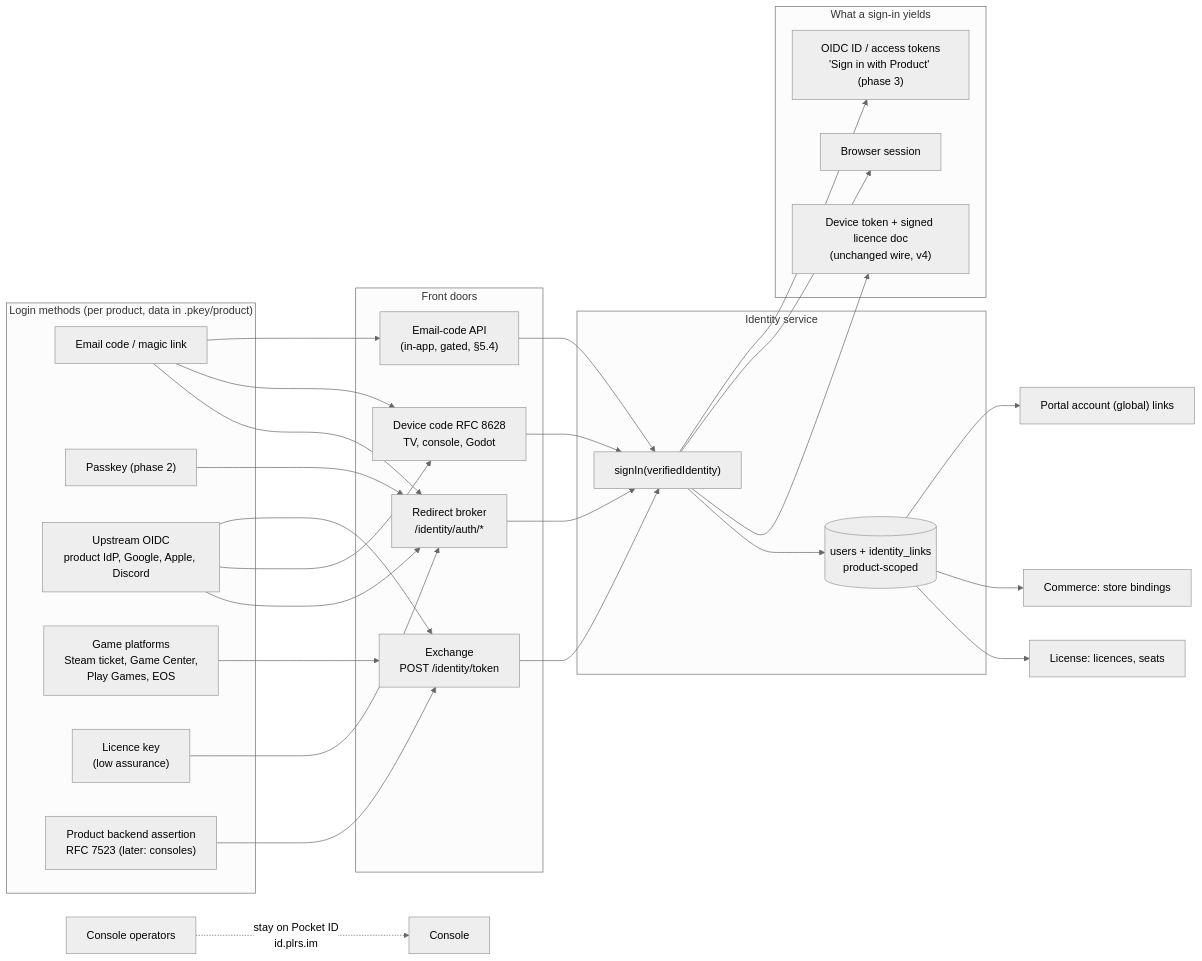
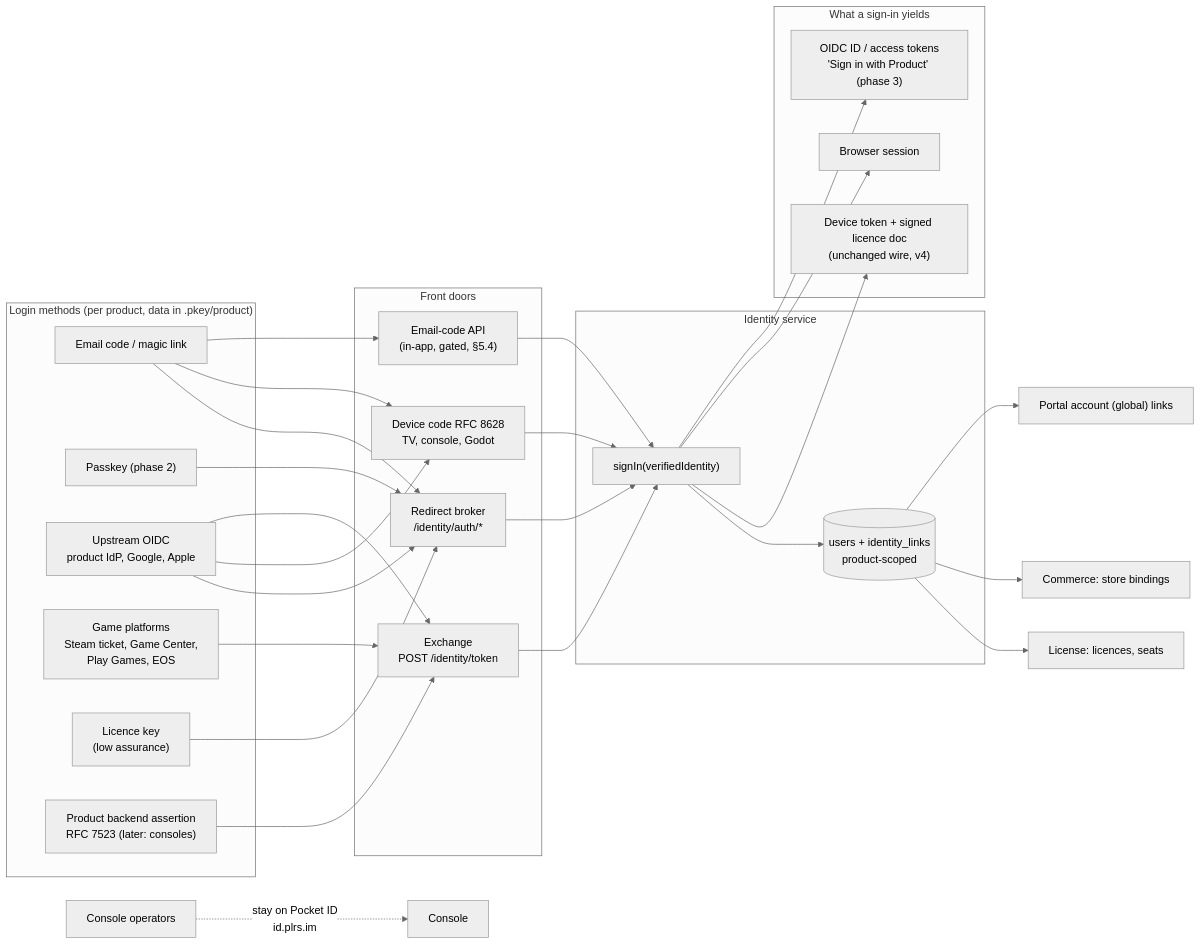
Before and after one commit to vladzaharia/polaris-key: the diagram in docs/research/2026-09-29-godot-omniplatform/notes/S-16-identity-service.md, drawn with Mermaid (neutral theme). The commit also changed other lines of this file and 6 other files, not shown here.

````diff
--- a/docs/research/2026-09-29-godot-omniplatform/notes/S-16-identity-service.md
+++ b/docs/research/2026-09-29-godot-omniplatform/notes/S-16-identity-service.md
@@ -97,36 +99,36 @@
 ```mermaid
 flowchart LR
   subgraph In["Login methods (per product, data in .pkey/product)"]
     E["Email code / magic link"]
     PK["Passkey (phase 2)"]
-    UP["Upstream OIDC<br/>product IdP, Google, Apple, Discord"]
+    UP["Upstream OIDC<br/>product IdP, Google, Apple"]
     GM["Game platforms<br/>Steam ticket, Game Center,<br/>Play Games, EOS"]
     LK["Licence key<br/>(low assurance)"]
     AS["Product backend assertion<br/>RFC 7523 (later: consoles)"]
   end
   subgraph Doors["Front doors"]
     RD["Redirect broker<br/>/identity/auth/*"]
     DC["Device code RFC 8628<br/>TV, console, Godot"]
     TX["Exchange<br/>POST /identity/token"]
     EC["Email-code API<br/>(in-app, gated, §5.4)"]
   end
   subgraph Id["Identity service"]
     SI["signIn(verifiedIdentity)"]
     U[("users + identity_links<br/>product-scoped")]
   end
   subgraph Out["What a sign-in yields"]
     DT["Device token + signed licence doc<br/>(unchanged wire, v4)"]
     BS["Browser session"]
     OT["OIDC ID / access tokens<br/>'Sign in with Product' (phase 3)"]
   end
   E & PK & UP & LK --> RD
   UP & E --> DC
   E --> EC
   UP & GM & AS --> TX
   RD & DC & TX & EC --> SI --> U
   U --> L["License: licences, seats"]
   U --> C["Commerce: store bindings"]
   U --> P["Portal account (global) links"]
   SI --> DT & BS & OT
   OPS["Console operators"] -.->|"stay on Pocket ID<br/>id.plrs.im"| CON["Console"]
 ```
````
